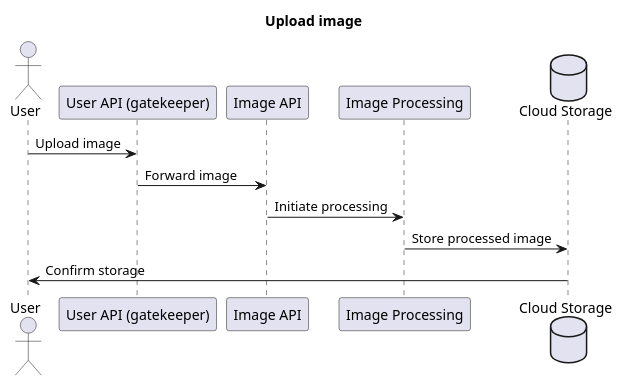
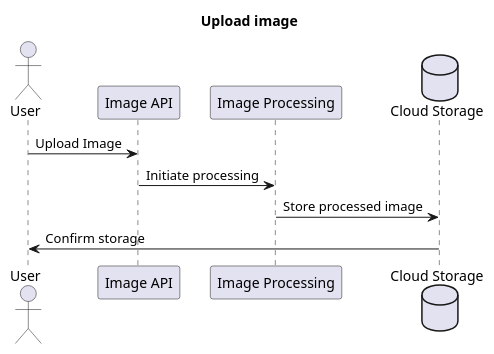
Before and after one commit to CMarquetand/swarc-material: the diagram in uml/imageUpload.plantuml, drawn with PlantUML. The commit also changed 6 other files, not shown here.

Commit message:
adjust sequence diagrams and technical context without gatekeeper api

```diff
--- a/uml/imageUpload.plantuml
+++ b/uml/imageUpload.plantuml
@@ -1,15 +1,13 @@
 @startuml Upload image
     title Upload image
     
     actor User
-    participant "User API (gatekeeper)" as U
     participant "Image API" as I
     participant "Image Processing" as IP
     database "Cloud Storage" as FS
 
-    User -> U: Upload image
-    U -> I: Forward image
+    User ->  I: Upload Image
     I -> IP: Initiate processing
     IP -> FS: Store processed image
     FS -> User: Confirm storage
 @enduml
```
